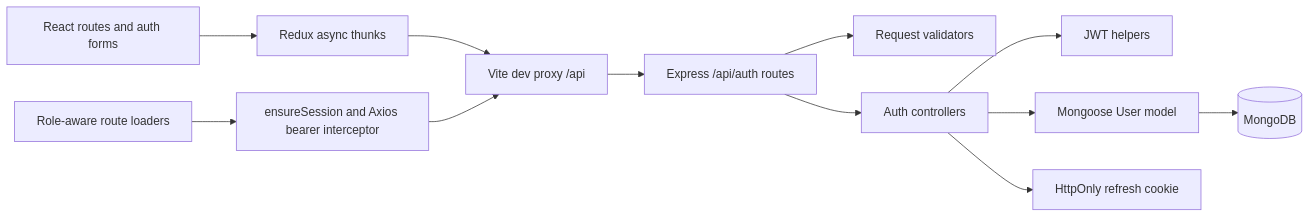
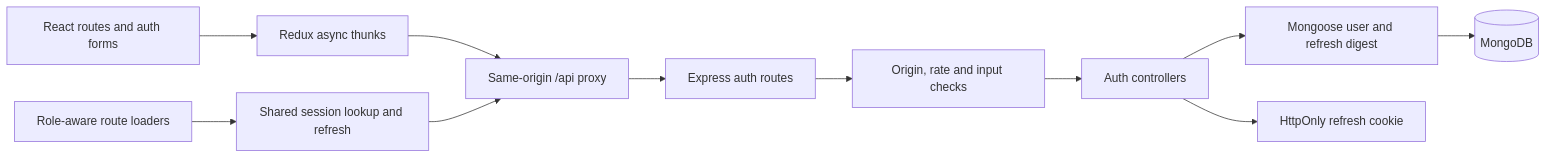
The diagram in README.md (sayedrisat/Jogaar), drawn with Mermaid before and after one commit. The commit also changed other lines of this file and 42 other files, not shown here.

Commit message:
fix(auth): harden session handling and add regression coverage

````diff
--- a/README.md
+++ b/README.md
@@ -64,14 +68,13 @@
 ```mermaid
 flowchart LR
   browser[React routes and auth forms] --> actions[Redux async thunks]
-  actions --> proxy[Vite dev proxy /api]
-  guards[Role-aware route loaders] --> session[ensureSession and Axios bearer interceptor]
+  guards[Role-aware route loaders] --> session[Shared session lookup and refresh]
+  actions --> proxy[Same-origin /api proxy]
   session --> proxy
-  proxy --> routes[Express /api/auth routes]
-  routes --> validation[Request validators]
-  routes --> controllers[Auth controllers]
-  controllers --> tokens[JWT helpers]
-  controllers --> model[Mongoose User model]
+  proxy --> routes[Express auth routes]
+  routes --> validation[Origin, rate and input checks]
+  validation --> controllers[Auth controllers]
+  controllers --> model[Mongoose user and refresh digest]
   model --> db[(MongoDB)]
   controllers --> cookies[HttpOnly refresh cookie]
 ```
````
